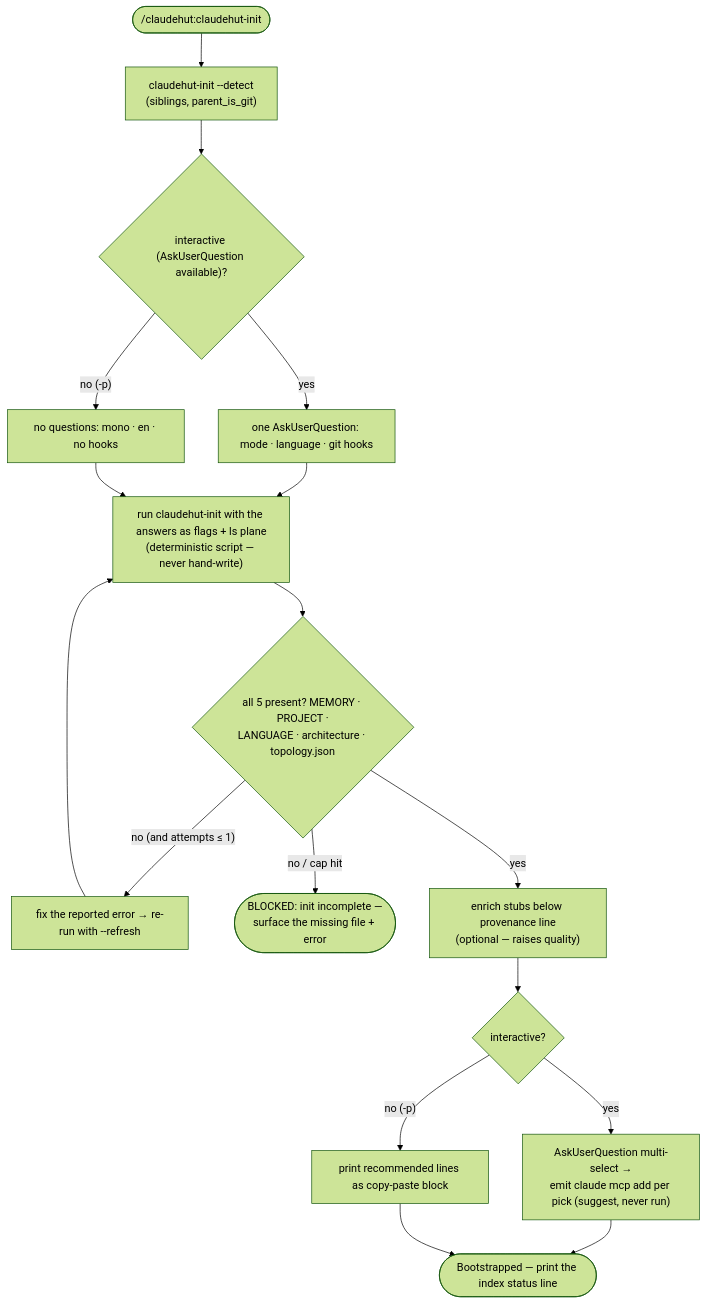
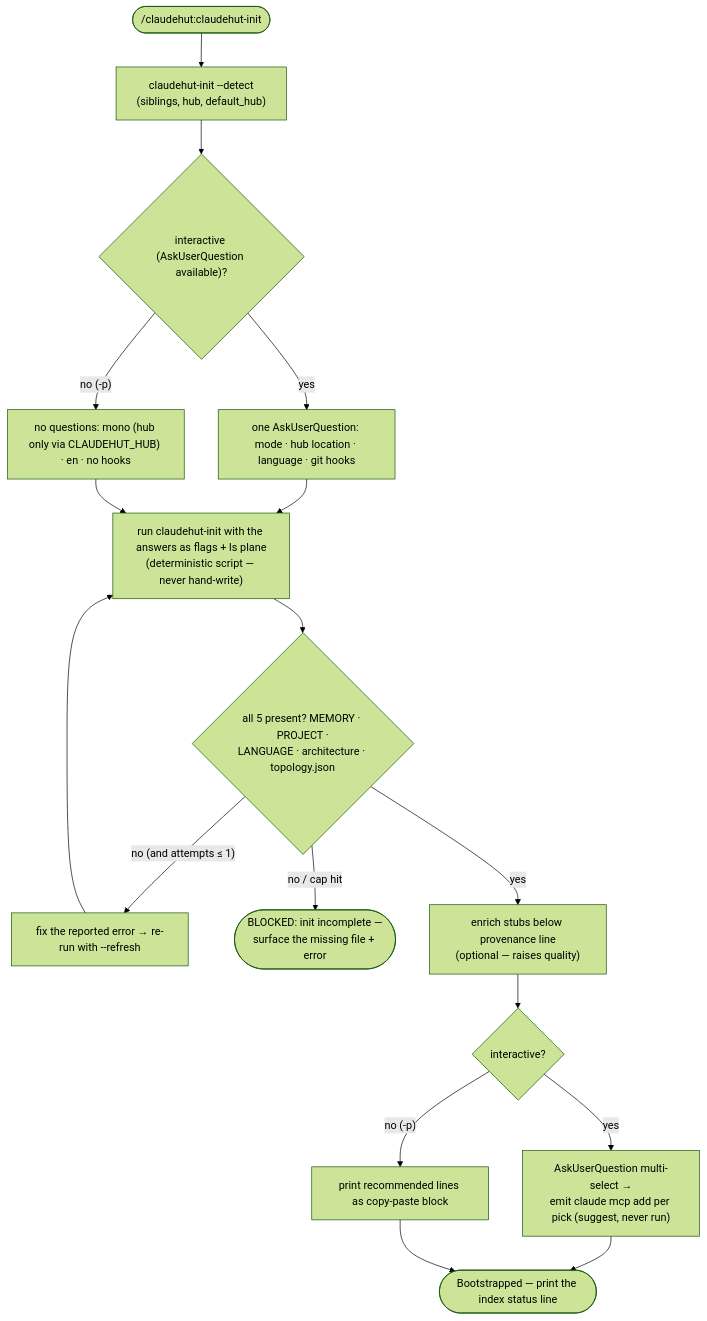
The diagram in skills/claudehut-init/SKILL.md (taipt1504/claudehut), drawn with Mermaid (forest theme) before and after one commit. The commit also changed other lines of this file and 50 other files, not shown here.

````diff
--- a/skills/claudehut-init/SKILL.md
+++ b/skills/claudehut-init/SKILL.md
@@ -15,19 +14,19 @@
 ```mermaid
 flowchart TB
-  start(["/claudehut:claudehut-init"]) --> det["claudehut-init --detect<br/>(siblings, parent_is_git)"]
+  start(["/claudehut:claudehut-init"]) --> det["claudehut-init --detect<br/>(siblings, hub, default_hub)"]
   det --> ask{"interactive (AskUserQuestion available)?"}
-  ask -- "yes" --> q["one AskUserQuestion: mode · language · git hooks"]
-  ask -- "no (-p)" --> dflt["no questions: mono · en · no hooks"]
+  ask -- "yes" --> q["one AskUserQuestion: mode · hub location · language · git hooks"]
+  ask -- "no (-p)" --> dflt["no questions: mono (hub only via CLAUDEHUT_HUB) · en · no hooks"]
   q --> gen["run claudehut-init with the answers as flags + ls plane<br/>(deterministic script — never hand-write)"]
   dflt --> gen
   gen --> verify{"all 5 present? MEMORY · PROJECT ·<br/>LANGUAGE · architecture · topology.json"}
   verify -- "no (and attempts ≤ 1)" --> fix["fix the reported error → re-run with --refresh"]
   fix --> gen
   verify -- "no / cap hit" --> halt(["BLOCKED: init incomplete —<br/>surface the missing file + error"])
   verify -- "yes" --> enrich["enrich stubs below provenance line<br/>(optional — raises quality)"]
   enrich --> mcp{"interactive?"}
   mcp -- "yes" --> askm["AskUserQuestion multi-select →<br/>emit claude mcp add per pick (suggest, never run)"]
   mcp -- "no (-p)" --> block["print recommended lines as copy-paste block"]
   askm --> fin(["Bootstrapped — print the index status line"])
   block --> fin
 ```
````
